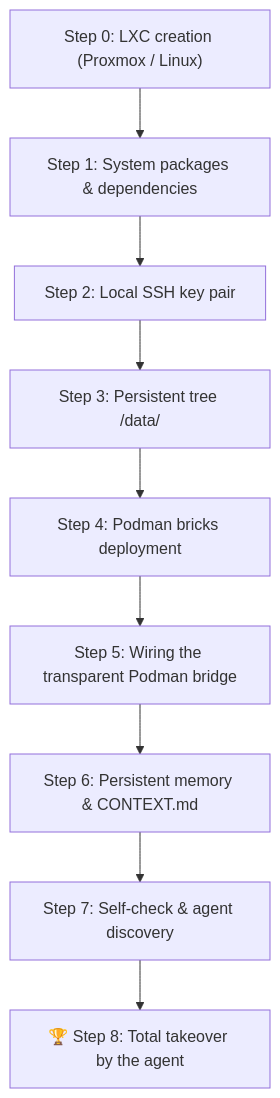
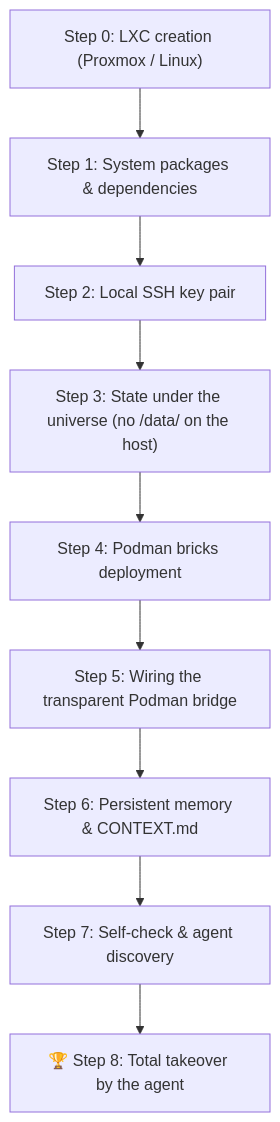
Before and after one commit to xavdp-pro/SHAPER-OS-V1.14: the diagram in software/LXC-CLEAN-SHEET-DEPLOYMENT-STEPS.md, drawn with Mermaid.

Commit message:
docs(lxc): the overview diagram's third step says where state lives
The mermaid overview at the head of the clean-sheet guide labelled its
third node "Persistent tree /data/" — a faithful translation of the
French label, and a contradiction of the step it points to, whose title
reads "Persistent state lives in the universe, not in /data/" and whose
body explains why the host tree was a reading error that cost a tester
(F9). A reader of the diagram alone was sent to create the very tree the
step forbids.

The node now says "State under the universe (no /data/ on the host)".
Nothing else in the diagram or the guide changes; the "Inside it" block
and the no-host-data-tree anchor that the lxc-field-lessons guard reads
are untouched.

````diff
--- a/software/LXC-CLEAN-SHEET-DEPLOYMENT-STEPS.md
+++ b/software/LXC-CLEAN-SHEET-DEPLOYMENT-STEPS.md
@@ -26,11 +26,11 @@
 ```mermaid
 flowchart TD
     S0["Step 0: LXC creation (Proxmox / Linux)"] --> S1["Step 1: System packages & dependencies"]
     S1 --> S2["Step 2: Local SSH key pair"]
-    S2 --> S3["Step 3: Persistent tree /data/"]
+    S2 --> S3["Step 3: State under the universe (no /data/ on the host)"]
     S3 --> S4["Step 4: Podman bricks deployment"]
     S4 --> S5["Step 5: Wiring the transparent Podman bridge"]
     S5 --> S6["Step 6: Persistent memory & CONTEXT.md"]
     S6 --> S7["Step 7: Self-check & agent discovery"]
     S7 --> S8["🏆 Step 8: Total takeover by the agent"]
 ```
````
